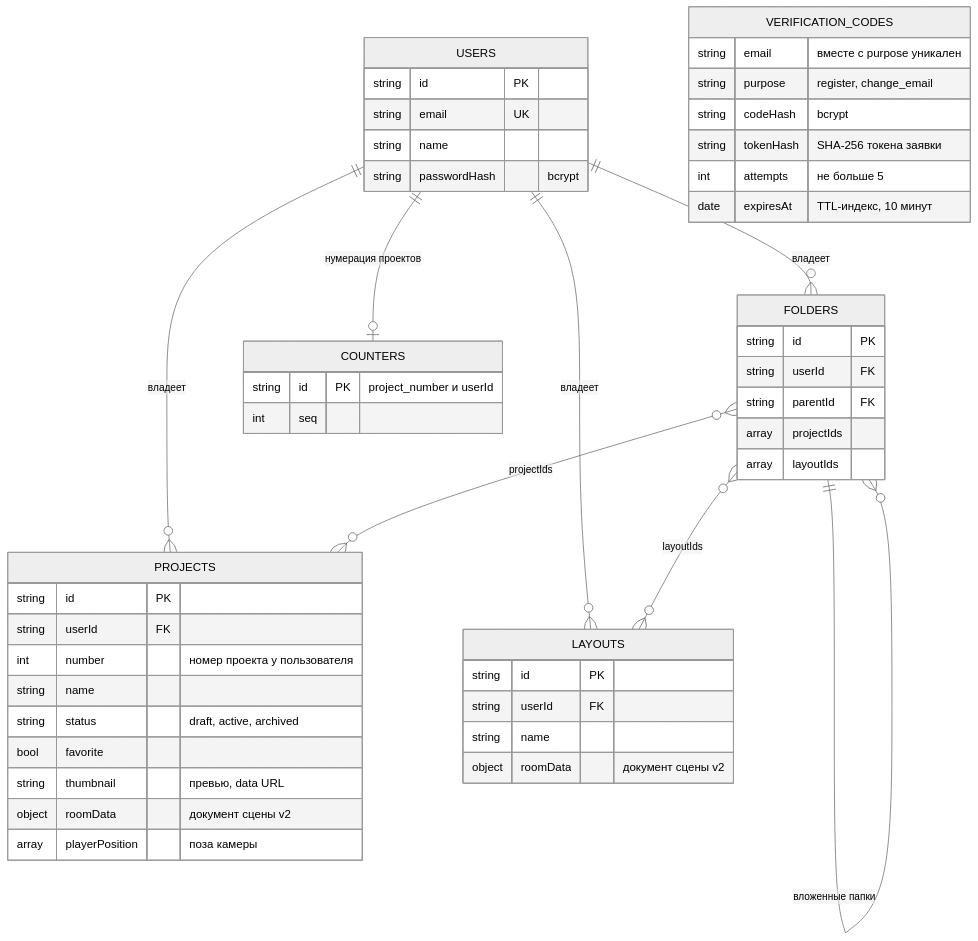
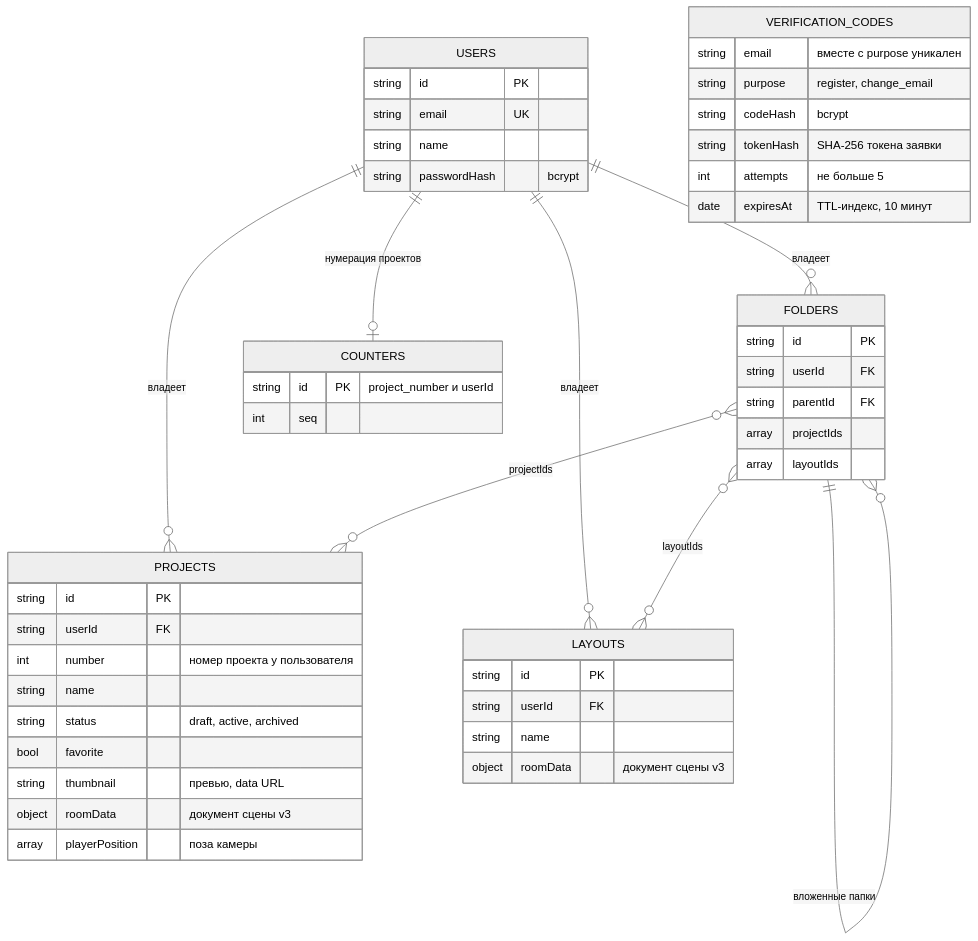
Before and after one commit to execada/VRHomeConstruction: the eighth of 11 diagrams in README.md, drawn with Mermaid (neutral theme). The commit also changed other lines of this file and 5 other files, not shown here.

````diff
--- a/README.md
+++ b/README.md
@@ -276,53 +284,53 @@
 ```mermaid
 erDiagram
     USERS ||--o{ PROJECTS : "владеет"
     USERS ||--o{ FOLDERS : "владеет"
     USERS ||--o{ LAYOUTS : "владеет"
     USERS ||--o| COUNTERS : "нумерация проектов"
     FOLDERS ||--o{ FOLDERS : "вложенные папки"
     FOLDERS }o--o{ PROJECTS : "projectIds"
     FOLDERS }o--o{ LAYOUTS : "layoutIds"
 
     USERS {
         string id PK
         string email UK
         string name
         string passwordHash "bcrypt"
     }
     PROJECTS {
         string id PK
         string userId FK
         int number "номер проекта у пользователя"
         string name
         string status "draft, active, archived"
         bool favorite
         string thumbnail "превью, data URL"
-        object roomData "документ сцены v2"
+        object roomData "документ сцены v3"
         array playerPosition "поза камеры"
     }
     FOLDERS {
         string id PK
         string userId FK
         string parentId FK
         array projectIds
         array layoutIds
     }
     LAYOUTS {
         string id PK
         string userId FK
         string name
-        object roomData "документ сцены v2"
+        object roomData "документ сцены v3"
     }
     VERIFICATION_CODES {
         string email "вместе с purpose уникален"
         string purpose "register, change_email"
         string codeHash "bcrypt"
         string tokenHash "SHA-256 токена заявки"
         int attempts "не больше 5"
         date expiresAt "TTL-индекс, 10 минут"
     }
     COUNTERS {
         string id PK "project_number и userId"
         int seq
     }
 ```
````
